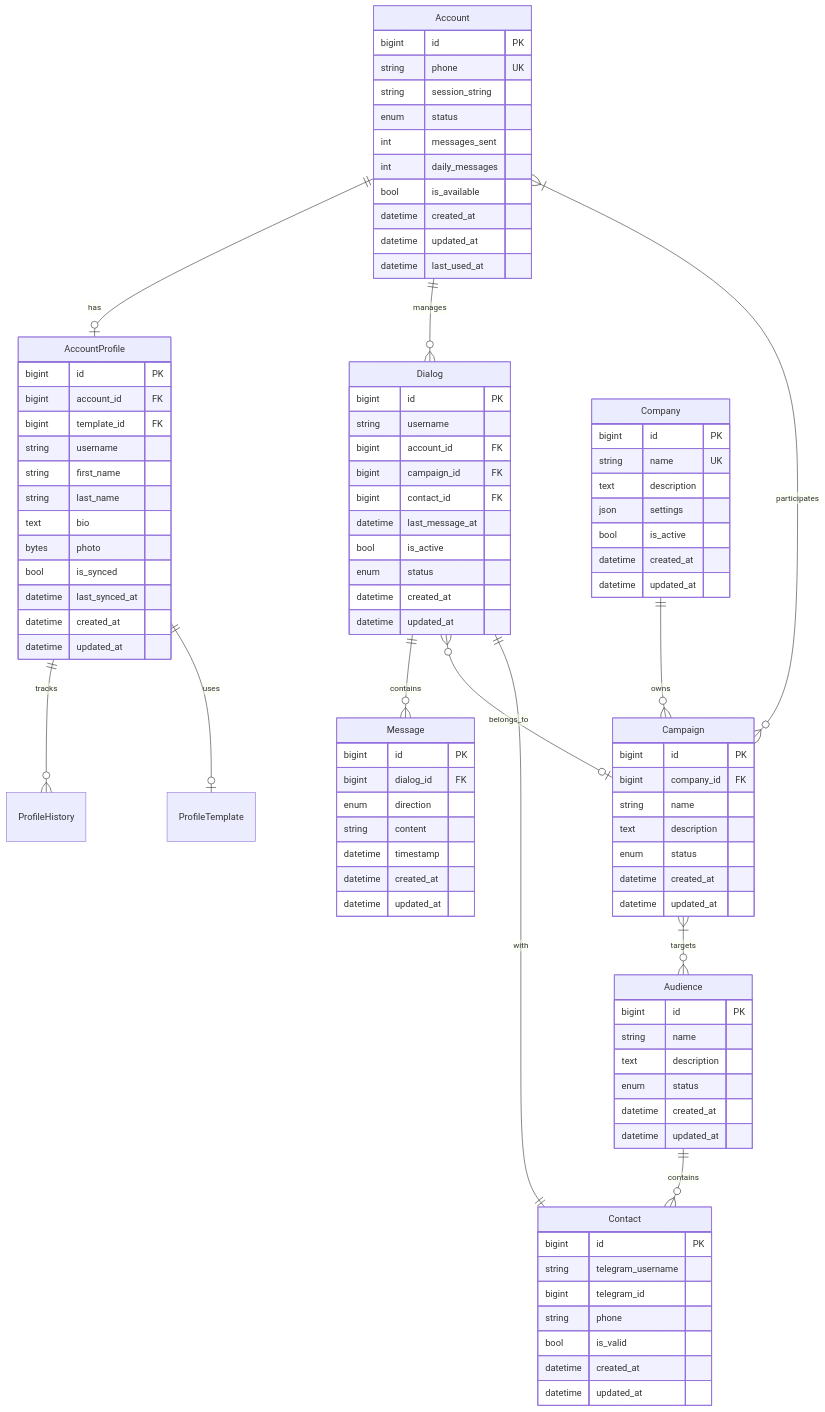
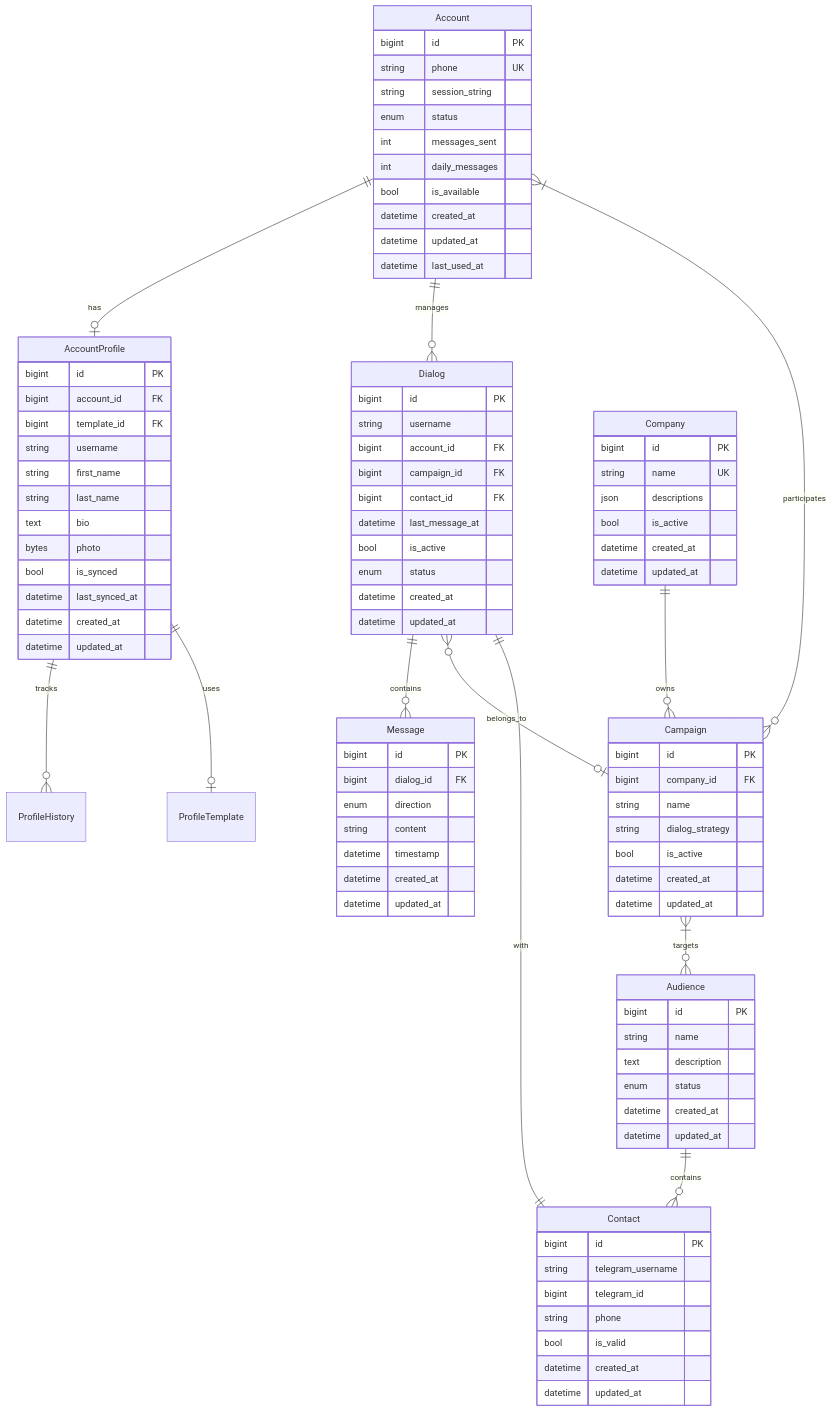
Before and after one commit to leshchenko1979/ai_sales: the diagram in docs/1 - current/technical/database.md, drawn with Mermaid. The commit also changed other lines of this file and 22 other files, not shown here.

```diff
--- a/docs/1 - current/technical/database.md
+++ b/docs/1 - current/technical/database.md
@@ -104,8 +104,8 @@
         bigint id PK
         bigint company_id FK
         string name
-        text description
-        enum status
+        string dialog_strategy
+        bool is_active
         datetime created_at
         datetime updated_at
     }
@@ -113,8 +113,7 @@
     Company {
         bigint id PK
         string name UK
-        text description
-        json settings
+        json descriptions
         bool is_active
         datetime created_at
         datetime updated_at
```
